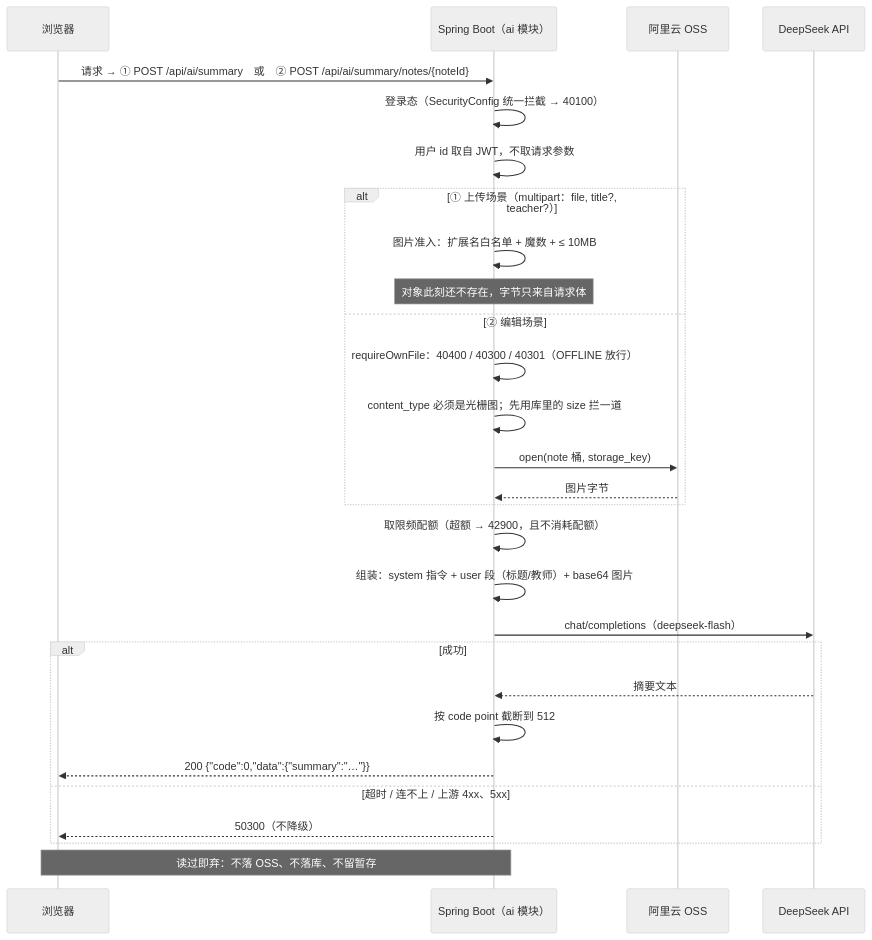
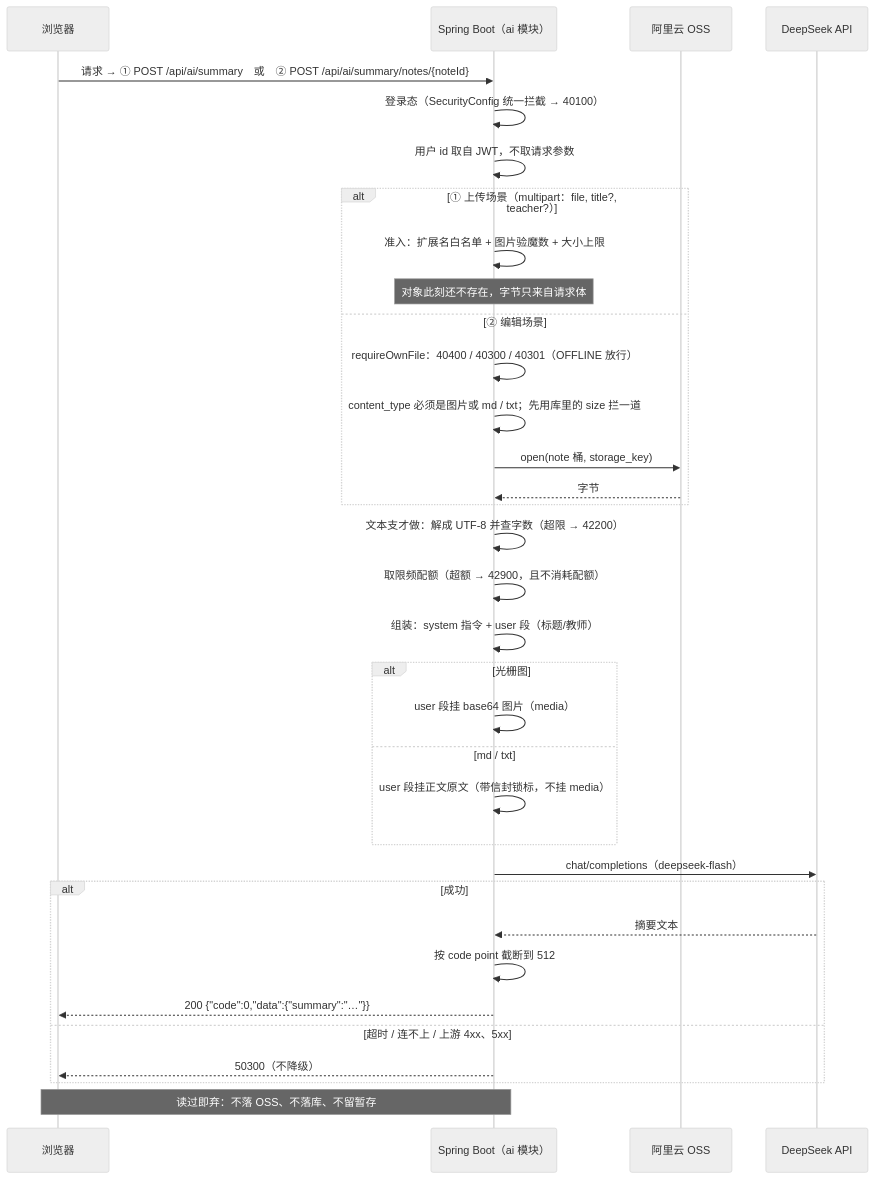
One commit to ShiwarHoufu/jotang-note changed the diagram in docs/功能说明/ai/自动生成摘要.md. Above: the diagram before and after it, drawn with Mermaid (neutral theme). The commit also changed other lines of this file and 27 other files, not shown here.

````diff
--- a/docs/功能说明/ai/自动生成摘要.md
+++ b/docs/功能说明/ai/自动生成摘要.md
@@ -37,33 +35,39 @@
 ```mermaid
 sequenceDiagram
     participant U as 浏览器
     participant A as Spring Boot（ai 模块）
     participant O as 阿里云 OSS
     participant D as DeepSeek API
 
     U->>A: 请求 → ① POST /api/ai/summary　或　② POST /api/ai/summary/notes/{noteId}
     A->>A: 登录态（SecurityConfig 统一拦截 → 40100）
     A->>A: 用户 id 取自 JWT，不取请求参数
 
     alt ① 上传场景（multipart：file, title?, teacher?）
-        A->>A: 图片准入：扩展名白名单 + 魔数 + ≤ 10MB
+        A->>A: 准入：扩展名白名单 + 图片验魔数 + 大小上限
         Note over A: 对象此刻还不存在，字节只来自请求体
     else ② 编辑场景
         A->>A: requireOwnFile：40400 / 40300 / 40301（OFFLINE 放行）
-        A->>A: content_type 必须是光栅图；先用库里的 size 拦一道
+        A->>A: content_type 必须是图片或 md / txt；先用库里的 size 拦一道
         A->>O: open(note 桶, storage_key)
-        O-->>A: 图片字节
+        O-->>A: 字节
     end
 
+    A->>A: 文本支才做：解成 UTF-8 并查字数（超限 → 42200）
     A->>A: 取限频配额（超额 → 42900，且不消耗配额）
-    A->>A: 组装：system 指令 + user 段（标题/教师）+ base64 图片
+    A->>A: 组装：system 指令 + user 段（标题/教师）
+    alt 光栅图
+        A->>A: user 段挂 base64 图片（media）
+    else md / txt
+        A->>A: user 段挂正文原文（带信封锁标，不挂 media）
+    end
     A->>D: chat/completions（deepseek-flash）
     alt 成功
         D-->>A: 摘要文本
         A->>A: 按 code point 截断到 512
         A-->>U: 200 {"code":0,"data":{"summary":"…"}}
     else 超时 / 连不上 / 上游 4xx、5xx
         A-->>U: 50300（不降级）
     end
     Note over A,U: 读过即弃：不落 OSS、不落库、不留暂存
 ```
````
